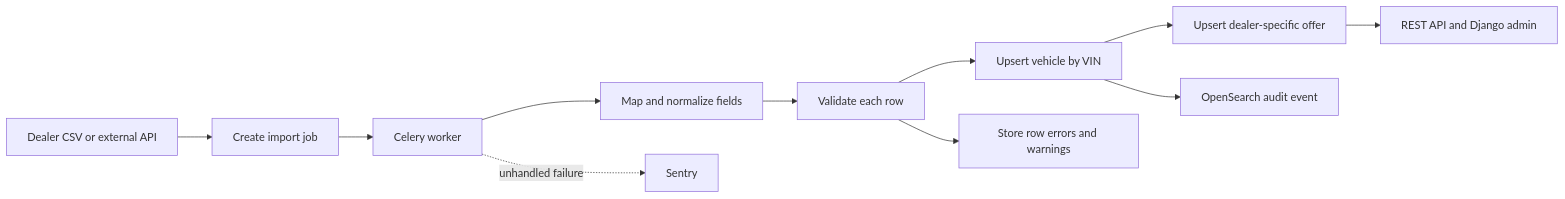
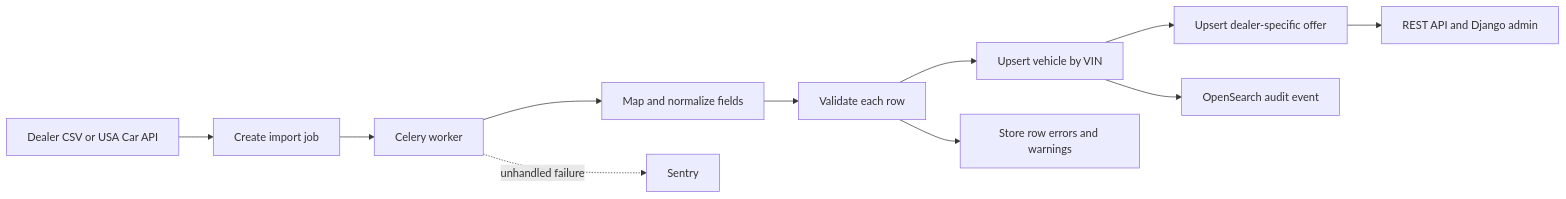
One commit to casper100500/dealer-integration-platform changed the diagram in README.md. Above: the diagram before and after it, drawn with Mermaid. The commit also changed other lines of this file and 23 other files, not shown here.

First line of the commit message:
S21: Add USA Car microservice and scheduled imports (#19)

````diff
--- a/README.md
+++ b/README.md
@@ -35,13 +37,13 @@
 ```mermaid
 flowchart LR
-    A["Dealer CSV or external API"] --> B["Create import job"]
+    A["Dealer CSV or USA Car API"] --> B["Create import job"]
     B --> C["Celery worker"]
     C --> D["Map and normalize fields"]
     D --> E["Validate each row"]
     E --> F["Upsert vehicle by VIN"]
     F --> G["Upsert dealer-specific offer"]
     E --> H["Store row errors and warnings"]
     G --> I["REST API and Django admin"]
     F --> J["OpenSearch audit event"]
     C -.->|unhandled failure| K["Sentry"]
 ```
````
